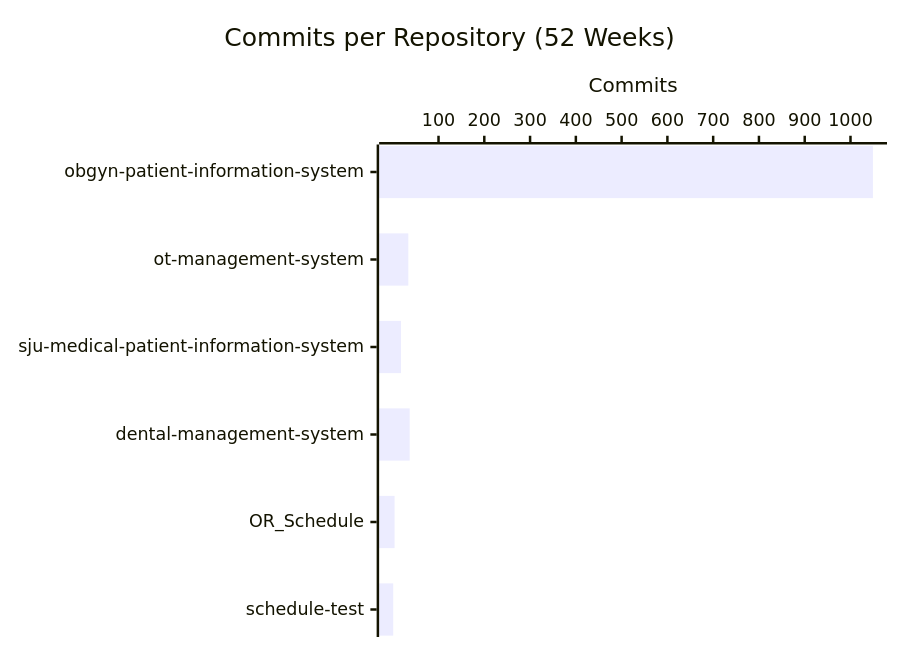
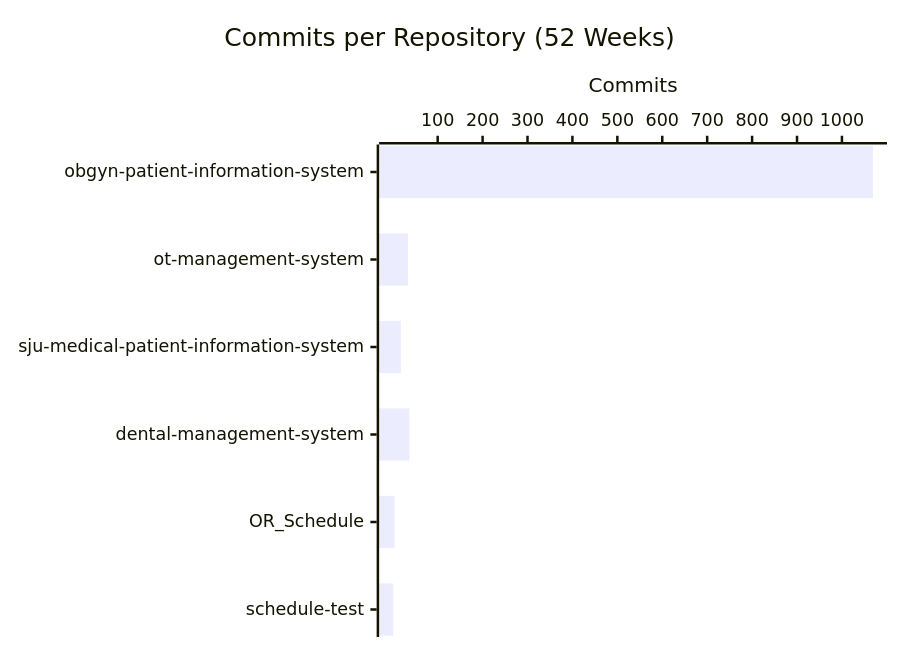
One commit to CSTH-Projects/.github changed the second of 4 diagrams in profile/README.md. Above: the diagram before and after it, drawn with Mermaid. The commit also changed other lines of this file, not shown here.

````diff
--- a/profile/README.md
+++ b/profile/README.md
@@ -24,7 +24,7 @@
 ```mermaid
 xychart-beta horizontal
     title "Commits per Repository (52 Weeks)"
     x-axis ["obgyn-patient-information-system", "ot-management-system", "sju-medical-patient-information-system", "dental-management-system", "OR_Schedule", "schedule-test"]
     y-axis "Commits"
-    bar [1049, 34, 18, 37, 4, 1]
+    bar [1069, 34, 18, 37, 4, 1]
 ```
````
